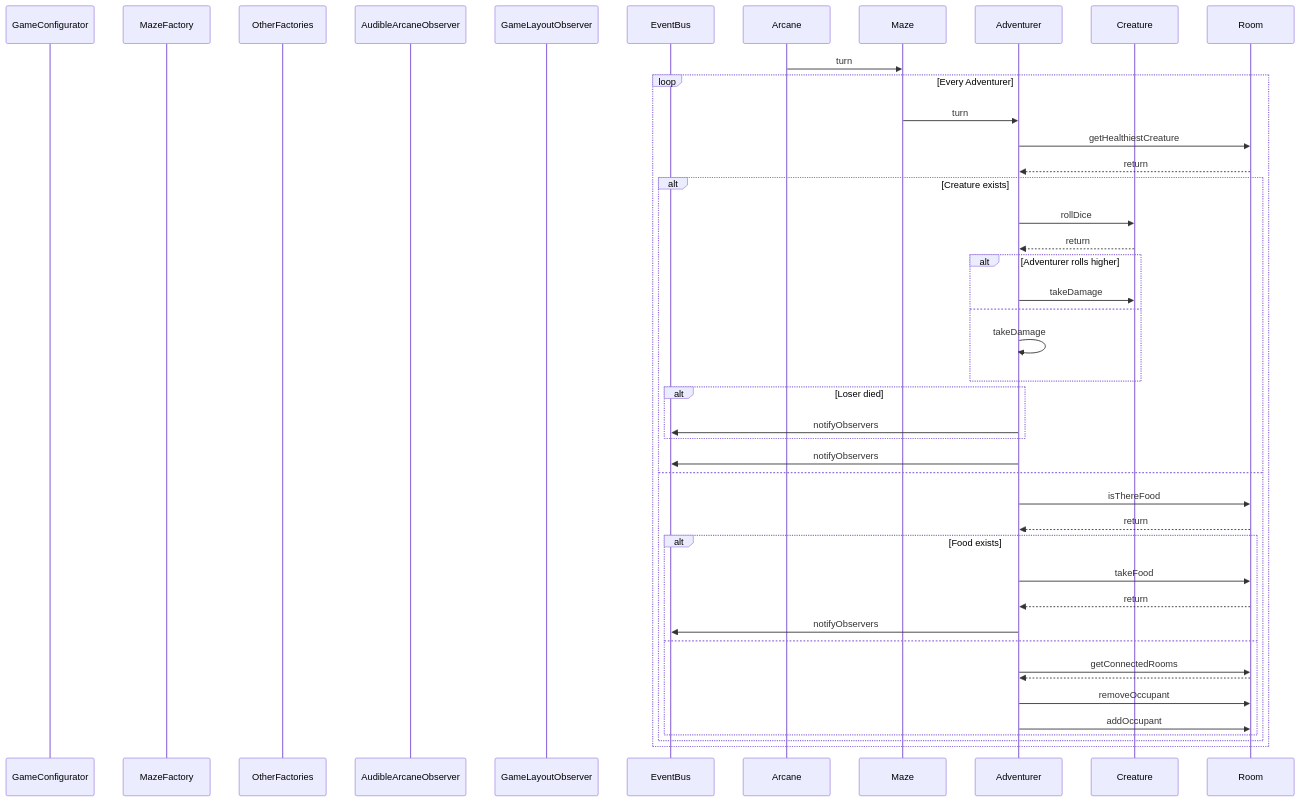
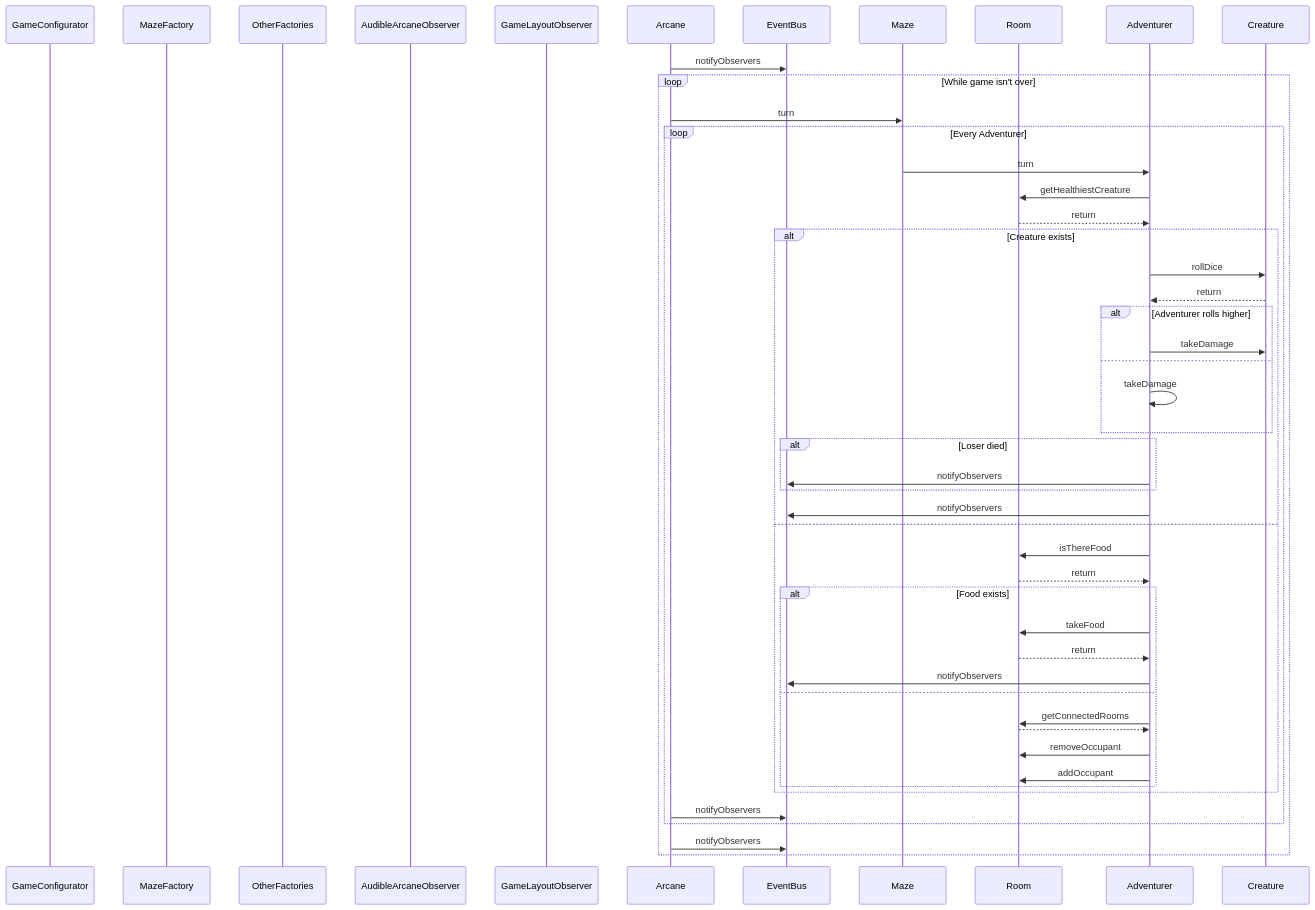
Before and after one commit to jonathancsci/csci4448-arcane-game: the second of 2 diagrams in README.md, drawn with Mermaid. The commit also changed other lines of this file, not shown here.

Commit message:
fixed indentation and added all runtime eventbus calls

````diff
--- a/README.md
+++ b/README.md
@@ -150,45 +150,54 @@
 ```mermaid
 sequenceDiagram
-  participant GameConfigurator
-  participant MazeFactory
-  participant OtherFactories
-  participant AudibleArcaneObserver
-  participant GameLayoutObserver
-  participant EventBus
-  participant Arcane
-  participant Maze
-  participant Adventurer
-  participant Creature
-  Arcane->>Maze: turn
-  loop Every Adventurer
-    Maze->>Adventurer: turn
-    Adventurer->>Room: getHealthiestCreature
-    Room-->>Adventurer: return
-    alt Creature exists
-    Adventurer->>Creature: rollDice
-    Creature-->>Adventurer: return
-      alt Adventurer rolls higher
-        Adventurer->>Creature: takeDamage
-      else
-        Adventurer->>Adventurer: takeDamage
-      end
-      alt Loser died
-        Adventurer->>EventBus: notifyObservers
-      end
-      Adventurer->>EventBus: notifyObservers
-    else
-    Adventurer->>Room: isThereFood
-    Room-->>Adventurer: return
-    alt Food exists
-      Adventurer->>Room: takeFood
-      Room-->>Adventurer: return
-      Adventurer->>EventBus: notifyObservers
-    else
-      Adventurer->>Room: getConnectedRooms
-      Room-->>Adventurer: 
-      Adventurer->>Room: removeOccupant
-      Adventurer->>Room: addOccupant
+    participant GameConfigurator
+    participant MazeFactory
+    participant OtherFactories
+    participant AudibleArcaneObserver
+    participant GameLayoutObserver
+    participant Arcane
+    participant EventBus
+    participant Maze
+    participant Room
+    participant Adventurer
+    participant Creature
+    
+    
+    
+    Arcane->>EventBus: notifyObservers
+    loop While game isn't over
+        Arcane->>Maze: turn
+        loop Every Adventurer
+            Maze->>Adventurer: turn
+            Adventurer->>Room: getHealthiestCreature
+            Room-->>Adventurer: return
+            alt Creature exists
+            Adventurer->>Creature: rollDice
+            Creature-->>Adventurer: return
+                alt Adventurer rolls higher
+                    Adventurer->>Creature: takeDamage
+                else
+                    Adventurer->>Adventurer: takeDamage
+                end
+                alt Loser died
+                    Adventurer->>EventBus: notifyObservers
+                end
+                Adventurer->>EventBus: notifyObservers
+            else
+            Adventurer->>Room: isThereFood
+            Room-->>Adventurer: return
+            alt Food exists
+                Adventurer->>Room: takeFood
+                Room-->>Adventurer: return
+                Adventurer->>EventBus: notifyObservers
+            else
+                Adventurer->>Room: getConnectedRooms
+                Room-->>Adventurer: 
+                Adventurer->>Room: removeOccupant
+                Adventurer->>Room: addOccupant
+            end
+        end
+        Arcane->>EventBus: notifyObservers
     end
-  end
+    Arcane->>EventBus: notifyObservers
 end
 ```
````
